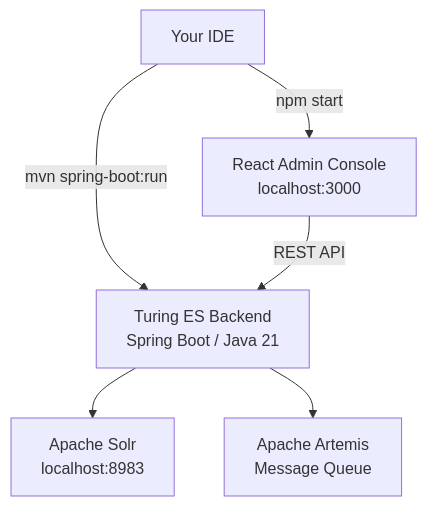
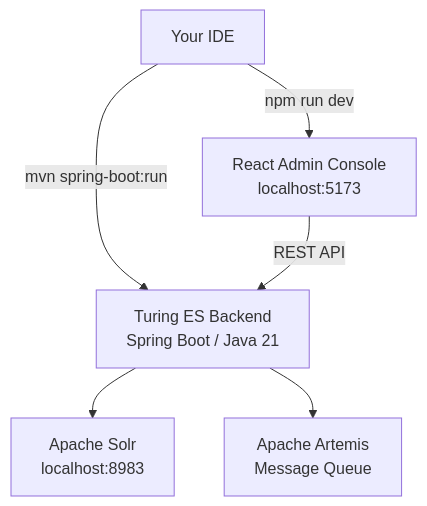
The diagram in docs-turing/developer-guide.md (openviglet/docs), drawn with Mermaid before and after one commit. The commit also changed other lines of this file, not shown here.

````diff
--- a/docs-turing/developer-guide.md
+++ b/docs-turing/developer-guide.md
@@ -30,8 +30,8 @@
 ```mermaid
 graph TD
     A[Your IDE] -->|mvn spring-boot:run| B[Turing ES Backend\nSpring Boot / Java 21]
-    A -->|npm start| C[React Admin Console\nlocalhost:3000]
+    A -->|npm run dev| C[React Admin Console\nlocalhost:5173]
     B --> D[Apache Solr\nlocalhost:8983]
     B --> E[Apache Artemis\nMessage Queue]
     C -->|REST API| B
 ```
````
